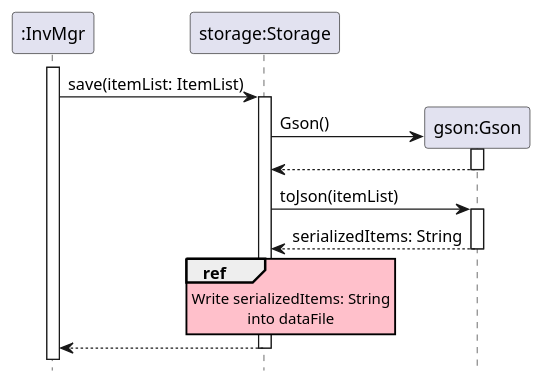
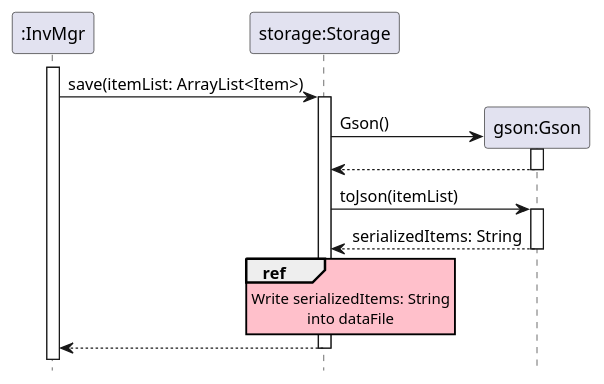
One commit to nus-cs2113-AY2122S2/tp changed the diagram in docs/diagrams/StorageSaveSequenceDiagram.puml. Above: the diagram before and after it, drawn with PlantUML. The commit also changed 4 other files, not shown here.

Commit message:
Add Storage class diagram Add Storage component under DeveloperGuide for design Fix dataype for StorageSaveSequenceDiagram

```diff
--- a/docs/diagrams/StorageSaveSequenceDiagram.puml
+++ b/docs/diagrams/StorageSaveSequenceDiagram.puml
@@ -1,30 +1,30 @@
 @startuml
 
 hide footbox
 skinparam SequenceReferenceBackgroundColor pink
 
 participant ":InvMgr" as InvMgr
 participant "storage:Storage" as Storage
 participant "gson:Gson" as Gson
 
 activate InvMgr
-    InvMgr -> Storage : save(itemList: ItemList)
+    InvMgr -> Storage : save(itemList: ArrayList<Item>)
     activate Storage
 
         create Gson
         Storage -> Gson : Gson()
         activate Gson
         return
 
         Storage -> Gson : toJson(itemList)
         activate Gson
         return serializedItems: String
 
         ref over Storage
             Write serializedItems: String
             into dataFile
         end ref
 
     return
 
 @enduml
```
